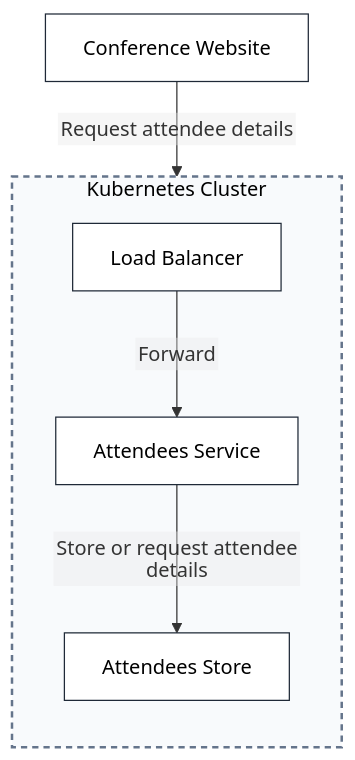
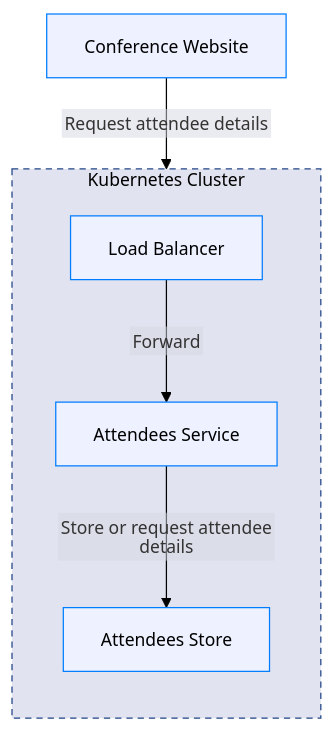
The diagram in shared/test_fixtures/docify/workshop/expected-output/non-secure/docs/index.md (finos/architecture-as-code), drawn with Mermaid before and after one commit. The commit also changed 1 other file, not shown here.

Commit message:
fix(shared): update test fixtures

````diff
--- a/shared/test_fixtures/docify/workshop/expected-output/non-secure/docs/index.md
+++ b/shared/test_fixtures/docify/workshop/expected-output/non-secure/docs/index.md
@@ -14,25 +14,35 @@
 ```mermaid
+---
+config:
+  theme: base
+  themeVariables:
+    fontFamily: -apple-system, BlinkMacSystemFont, 'Segoe WPC', 'Segoe UI', system-ui, 'Ubuntu', sans-serif
+    darkMode: false
+    fontSize: 14px
+    edgeLabelBackground: '#d5d7e1'
+    lineColor: '#000000'
+---
 %%{init: {"flowchart": {"htmlLabels": false}}}%%
 flowchart TB
-classDef boundary fill:#f8fafc,stroke:#64748b,stroke-dasharray: 5 4,stroke-width:2px,color:#000;
-classDef node fill:#ffffff,stroke:#1f2937,stroke-width:1px,color:#000;
-classDef iface fill:#f1f5f9,stroke:#64748b,stroke-width:1px,font-size:10px,color:#000;
-classDef highlight fill:#fef3c7,stroke:#f59e0b,stroke-width:2px,color:#000;
+classDef boundary fill:#e1e4f0,stroke:#204485,stroke-dasharray: 5 4,stroke-width:1px,color:#000000;
+classDef node fill:#eef1ff,stroke:#007dff,stroke-width:1px,color:#000000;
+classDef iface fill:#f0f0f0,stroke:#b6b6b6,stroke-width:1px,font-size:10px,color:#000000;
+classDef highlight fill:#fdf7ec,stroke:#f0c060,stroke-width:1px,color:#000000;
 
         subgraph k8s-cluster["Kubernetes Cluster"]
         direction TB
             attendees["Attendees Service"]:::node
             attendees-store["Attendees Store"]:::node
             load-balancer["Load Balancer"]:::node
         end
         class k8s-cluster boundary
 
     conference-website["Conference Website"]:::node
 
     conference-website -->|Request attendee details| load-balancer
     load-balancer -->|Forward| attendees
     attendees -->|Store or request attendee details| attendees-store
 
 
 
 ```
````
